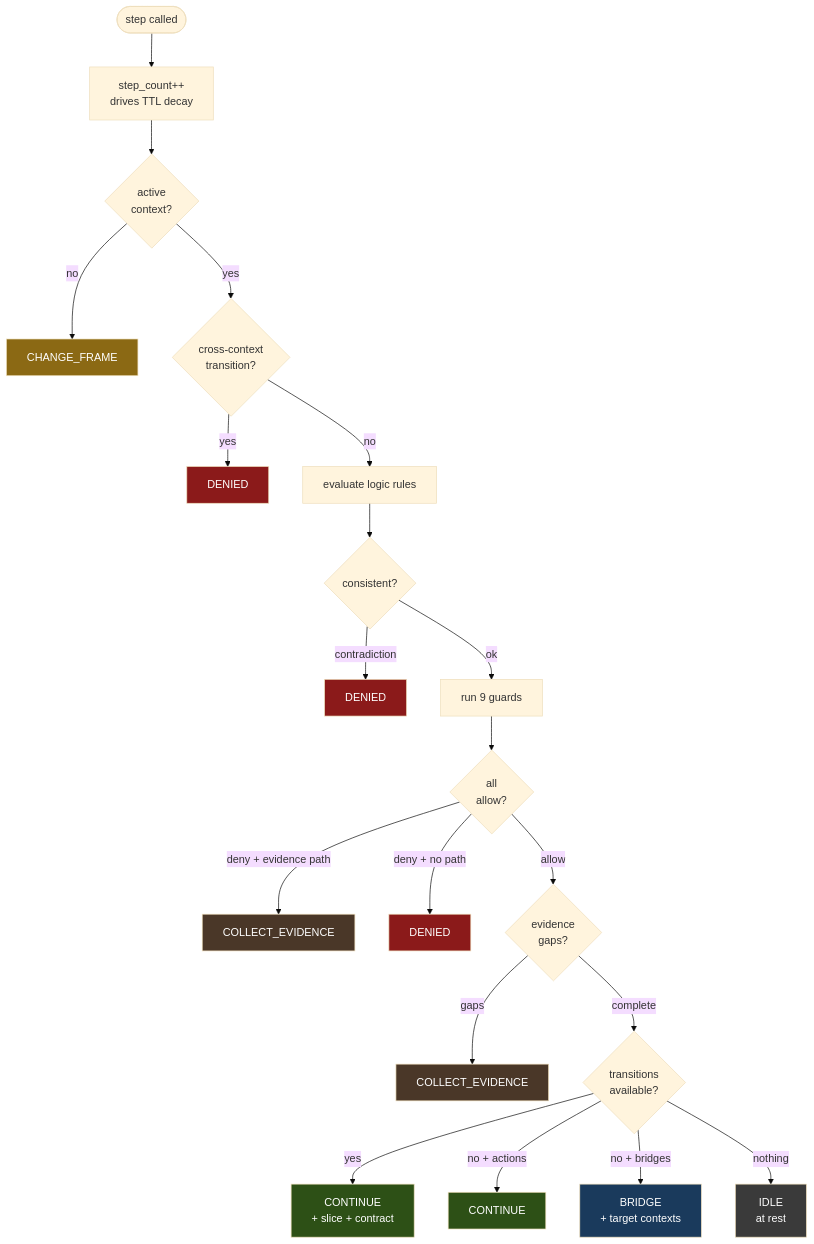
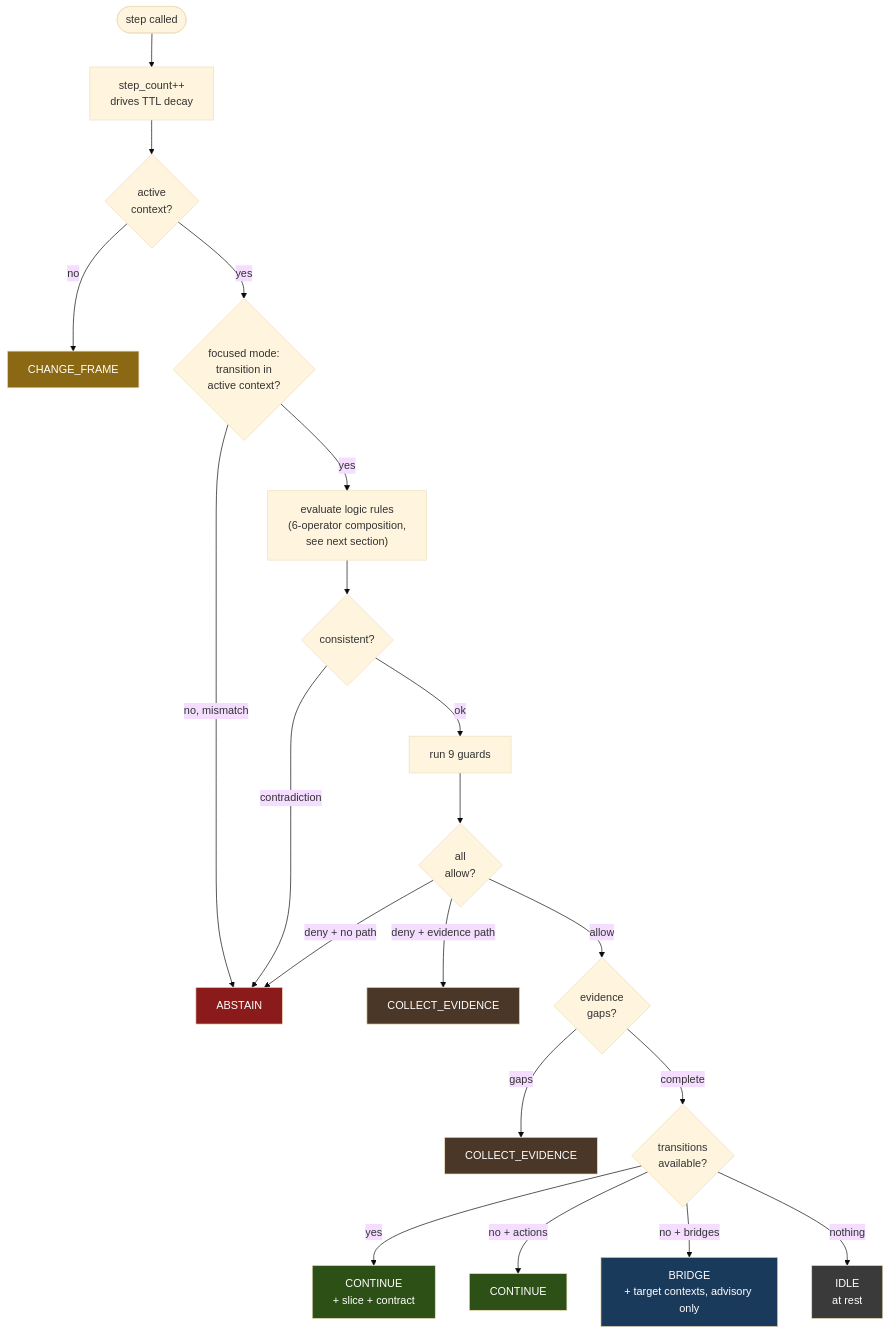
One commit to igareosh/fpf-agentic-thinking-map changed the second of 9 diagrams in ARCHITECTURE.md. Above: the diagram before and after it, drawn with Mermaid (base theme). The commit also changed other lines of this file and 1 other file, not shown here.

Commit message:
ARCHITECTURE.md full revision: fix DENIED->ABSTAIN (no such outcome exists), add ESCALATE/attempt_bridge path, flag ASK/PUBLISH/REVISE_PLAN as declared-but-unreachable, correct primitive count 10->12, add logic-operator composition diagram from real examples.py rules, update stale version footer

````diff
--- a/ARCHITECTURE.md
+++ b/ARCHITECTURE.md
@@ -45,33 +47,31 @@
 ```mermaid
 flowchart TD
     START([step called]) --> INC[step_count++<br/>drives TTL decay]
     INC --> CTX{active<br/>context?}
     CTX -->|no| CF[CHANGE_FRAME]
-    CTX -->|yes| XCTX{cross-context<br/>transition?}
-    XCTX -->|yes| DENIED1[DENIED]
-    XCTX -->|no| LOGIC[evaluate logic rules]
+    CTX -->|yes| XCTX{focused mode:<br/>transition in<br/>active context?}
+    XCTX -->|no, mismatch| ABSTAIN[ABSTAIN]
+    XCTX -->|yes| LOGIC["evaluate logic rules<br/>(6-operator composition,<br/>see next section)"]
     LOGIC --> CONSIST{consistent?}
-    CONSIST -->|contradiction| DENIED2[DENIED]
+    CONSIST -->|contradiction| ABSTAIN
     CONSIST -->|ok| GUARDS[run 9 guards]
     GUARDS --> GPASS{all<br/>allow?}
     GPASS -->|deny + evidence path| CE1[COLLECT_EVIDENCE]
-    GPASS -->|deny + no path| DENIED3[DENIED]
+    GPASS -->|deny + no path| ABSTAIN
     GPASS -->|allow| EVCHECK{evidence<br/>gaps?}
     EVCHECK -->|gaps| CE2[COLLECT_EVIDENCE]
     EVCHECK -->|complete| TRANS{transitions<br/>available?}
     TRANS -->|yes| CONTINUE[CONTINUE<br/>+ slice + contract]
     TRANS -->|no + actions| CONTINUE2[CONTINUE]
-    TRANS -->|no + bridges| BRIDGE[BRIDGE<br/>+ target contexts]
+    TRANS -->|no + bridges| BRIDGE[BRIDGE<br/>+ target contexts, advisory only]
     TRANS -->|nothing| IDLE[IDLE<br/>at rest]
 
     style CF fill:#8b6914,color:#fff
-    style DENIED1 fill:#8b1a1a,color:#fff
-    style DENIED2 fill:#8b1a1a,color:#fff
-    style DENIED3 fill:#8b1a1a,color:#fff
+    style ABSTAIN fill:#8b1a1a,color:#fff
     style CE1 fill:#4a3728,color:#fff
     style CE2 fill:#4a3728,color:#fff
     style CONTINUE fill:#2d5016,color:#fff
     style CONTINUE2 fill:#2d5016,color:#fff
     style BRIDGE fill:#1a3a5c,color:#fff
     style IDLE fill:#3a3a3a,color:#fff
 ```
````
